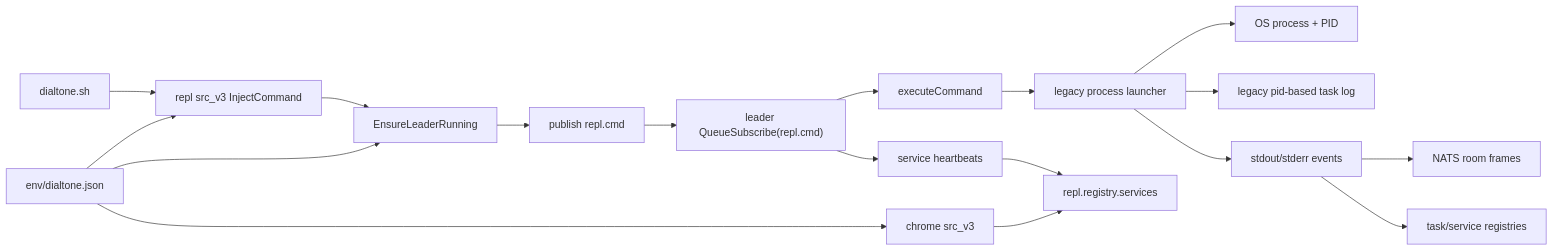
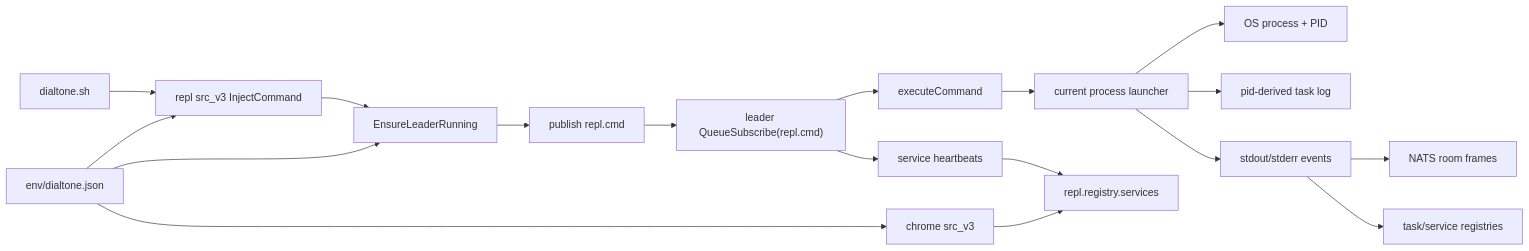
The diagram in src/plugins/repl/src_v3/DESIGN.md (timcash/dialtone), drawn with Mermaid before and after one commit. The commit also changed other lines of this file and 31 other files, not shown here.

````diff
--- a/src/plugins/repl/src_v3/DESIGN.md
+++ b/src/plugins/repl/src_v3/DESIGN.md
@@ -51,21 +51,21 @@
 ```mermaid
 flowchart LR
     A["dialtone.sh"] --> B["repl src_v3 InjectCommand"]
     B --> C["EnsureLeaderRunning"]
     C --> D["publish repl.cmd"]
     D --> E["leader QueueSubscribe(repl.cmd)"]
     E --> F["executeCommand"]
-    F --> G["legacy process launcher"]
+    F --> G["current process launcher"]
     G --> H["OS process + PID"]
-    G --> I["legacy pid-based task log"]
+    G --> I["pid-derived task log"]
     G --> J["stdout/stderr events"]
     J --> K["NATS room frames"]
     J --> L["task/service registries"]
 
     M["chrome src_v3"] --> N["repl.registry.services"]
     E --> O["service heartbeats"]
     O --> N
     P["env/dialtone.json"] --> B
     P --> C
     P --> M
 ```
````
